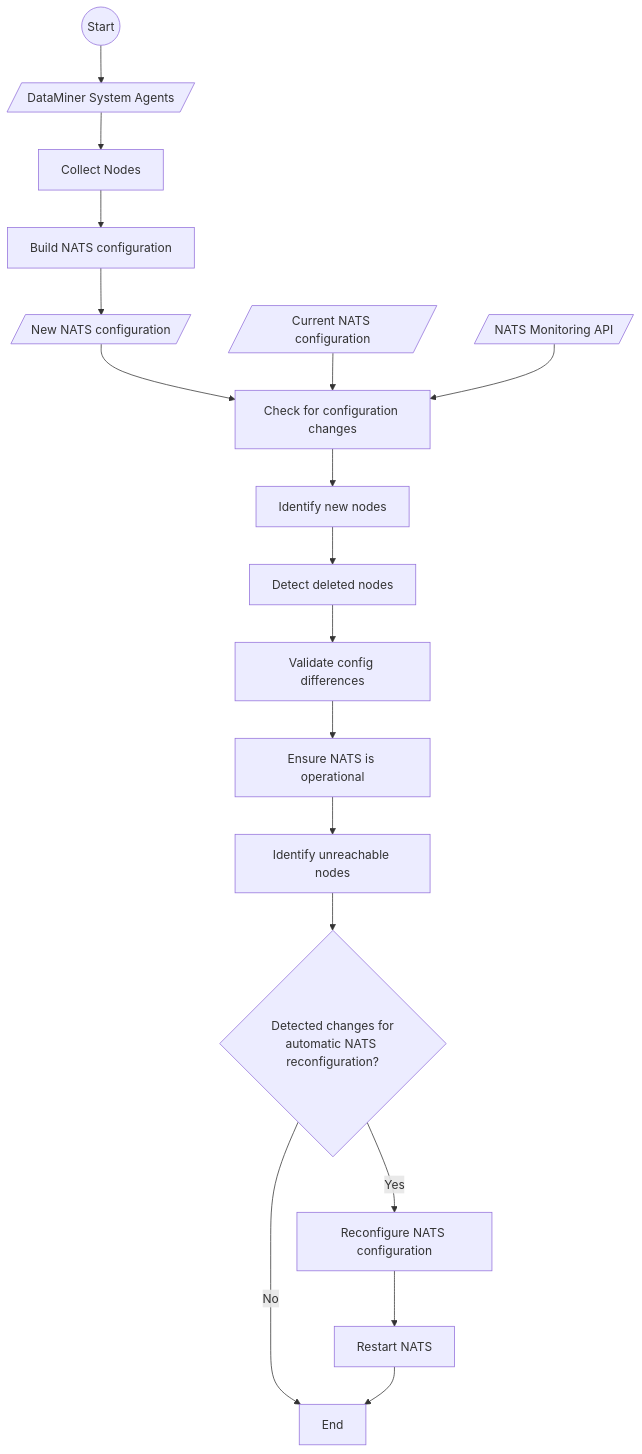
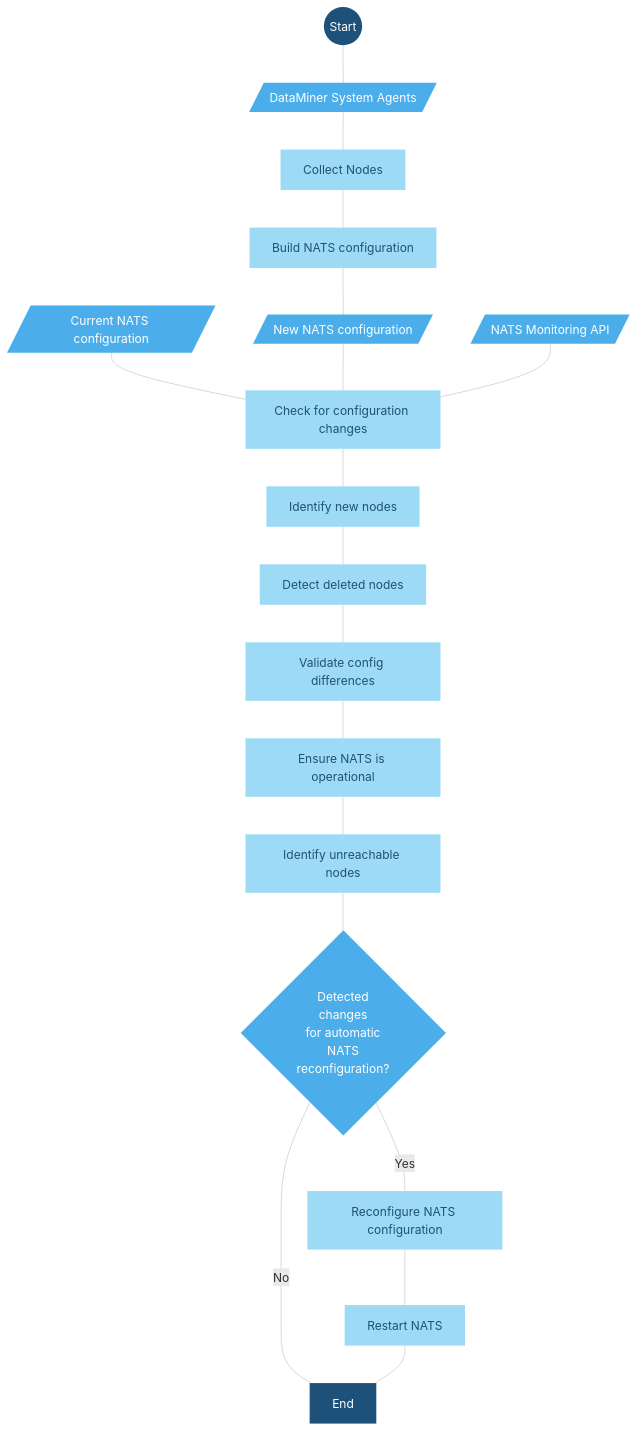
One commit to SkylineCommunications/dataminer-docs changed the first of 2 diagrams in user-guide/Reference/Technical_information/NatsCustodian.md. Above: the diagram before and after it, drawn with Mermaid. The commit also changed other lines of this file, not shown here.

Commit message:
Review flowcharts

````diff
--- a/user-guide/Reference/Technical_information/NatsCustodian.md
+++ b/user-guide/Reference/Technical_information/NatsCustodian.md
@@ -17,21 +17,50 @@
-```mermaid
+<div class="mermaid">
 flowchart TD
-Start((Start)) --> S1
-S1[/DataMiner System Agents/] --> S2
-S2[Collect Nodes] --> S3
-S3[Build NATS configuration] --> S4
-S4[/New NATS configuration/] --> S5
-S4A[/Current NATS configuration/] --> S5
-S4B[/NATS Monitoring API/] --> S5
-S5[Check for configuration changes] --> S6
-S6[Identify new nodes] --> S7
-S7[Detect deleted nodes] --> S8
-S8[Validate config differences] --> S9
-S9[Ensure NATS is operational] --> S10
-S10[Identify unreachable nodes] --> Q1
-Q1{Detected changes for
-automatic NATS reconfiguration?} -->|Yes| A1
-Q1 -->|No| End
-A1[Reconfigure NATS configuration] --> A1S2
-A1S2[Restart NATS] --> End
-```
+    %% Define styles %%
+    linkStyle default stroke:#cccccc
+    classDef classTerminal fill:#1e5179,stroke:#1e5179,color:#ffffff,stroke-width:0px;
+    classDef classDecision fill:#4baeea,stroke:#4baeea,color:#ffffff,stroke-width:0px;
+    classDef classExternalRef fill:#9ddaf5,stroke:#9ddaf5,color:#1E5179,stroke-width:0px;
+    classDef classActionClickable fill:#999999,stroke:#999999,color:#ffffff,stroke-width:0px;
+    classDef classAction fill:#dddddd,stroke:#dddddd,color:#1E5179,stroke-width:0px;
+    classDef classSolution fill:#58595b,stroke:#58595b,color:#ffffff,stroke-width:0px;
+    %% Define blocks %%
+    Start((Start))
+    S1[/DataMiner System Agents/]
+    S2[Collect Nodes]
+    S3[Build NATS configuration]
+    S4A[/Current NATS configuration/]
+    S4[/New NATS configuration/]
+    S4B[/NATS Monitoring API/]
+    S5[Check for configuration changes]
+    S6[Identify new nodes]
+    S7[Detect deleted nodes]
+    S8[Validate config differences]
+    S9[Ensure NATS is operational]
+    S10[Identify unreachable nodes]
+    Q1{Detected <br/>changes <br/>for automatic <br/>NATS <br/>reconfiguration?}
+    A1[Reconfigure NATS configuration]
+    A1S2[Restart NATS]
+    %% Connect blocks %%
+    Start --- S1
+    S1 --- S2
+    S2 --- S3
+    S3 --- S4
+    S4A --- S5
+    S4 --- S5
+    S4B --- S5
+    S5 --- S6
+    S6 --- S7
+    S7 --- S8
+    S8 --- S9
+    S9 --- S10
+    S10 --- Q1
+    Q1 ---|Yes| A1
+    Q1 ---|No| End
+    A1 --- A1S2
+    A1S2 --- End
+    %% Apply styles to blocks %%
+    class Start,End classTerminal;
+    class S1,S4,S4A,S4B,Q1 classDecision;
+    class S2,S3,S5,S6,S7,S8,S9,S10,A1,A1S2 classExternalRef;
+</div>
````
